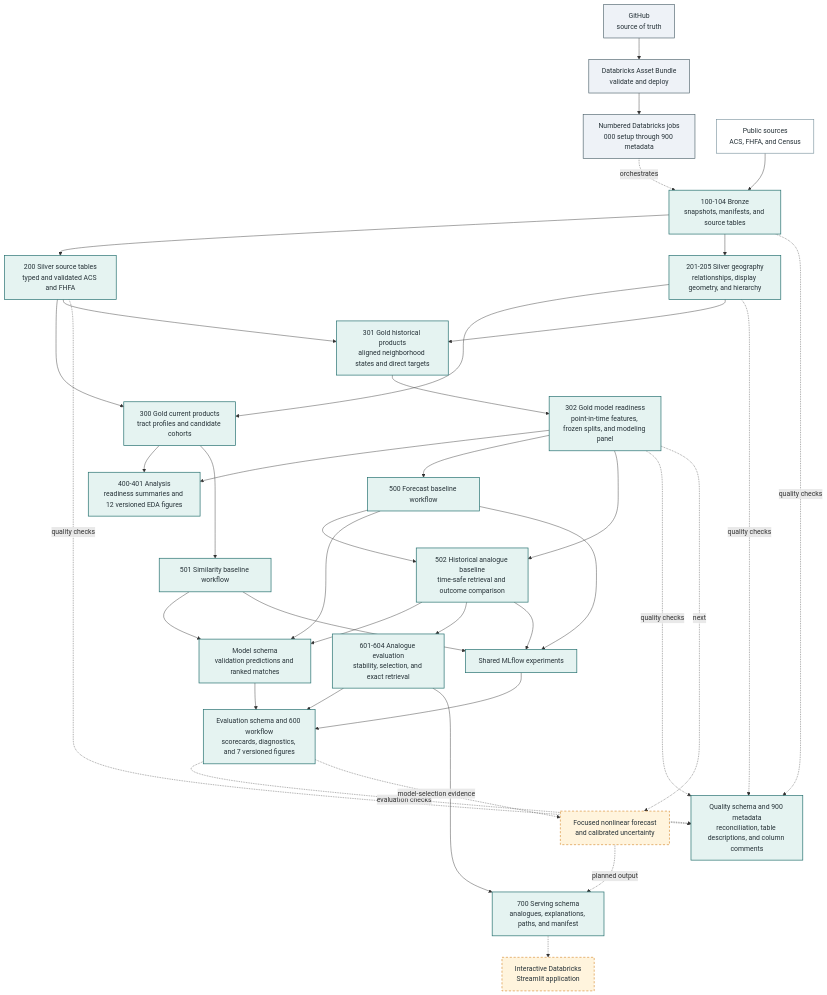
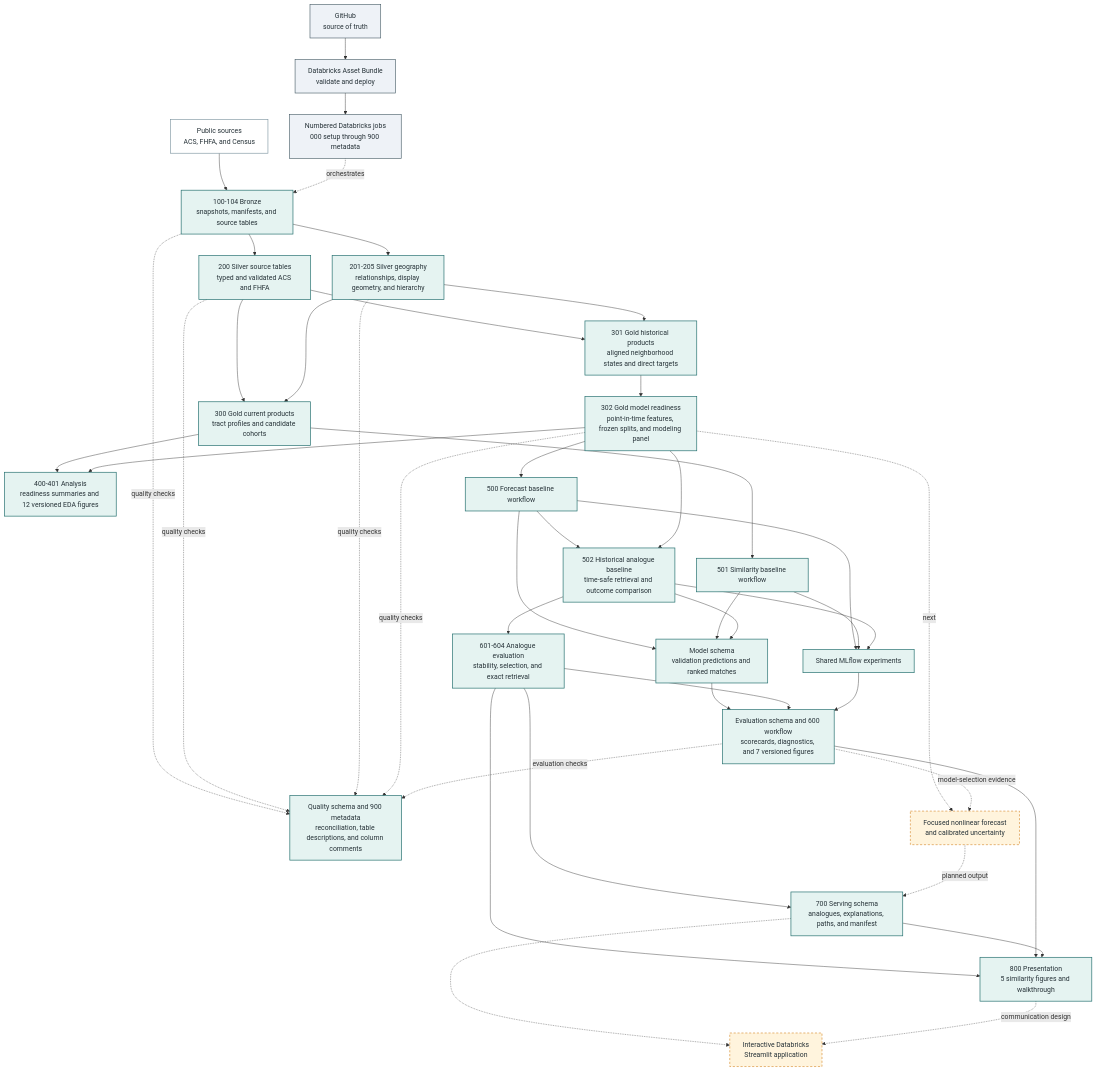
One commit to n-tamm/neighborhood-digital-twin changed the diagram in README.md. Above: the diagram before and after it, drawn with Mermaid. The commit also changed other lines of this file and 10 other files, not shown here.

Commit message:
Documented similarity figures and walkthrough results

````diff
--- a/README.md
+++ b/README.md
@@ -53,56 +54,60 @@
 ```mermaid
 flowchart TB
     GIT["GitHub<br/>source of truth"] --> DAB["Databricks Asset Bundle<br/>validate and deploy"]
     DAB --> JOBS["Numbered Databricks jobs<br/>000 setup through 900 metadata"]
 
     SRC["Public sources<br/>ACS, FHFA, and Census"] --> B["100-104 Bronze<br/>snapshots, manifests, and source tables"]
     JOBS -.->|orchestrates| B
 
     B --> SS["200 Silver source tables<br/>typed and validated ACS and FHFA"]
     B --> SG["201-205 Silver geography<br/>relationships, display geometry, and hierarchy"]
 
     SS --> GC["300 Gold current products<br/>tract profiles and candidate cohorts"]
     SG --> GC
     SS --> GH["301 Gold historical products<br/>aligned neighborhood states and direct targets"]
     SG --> GH
     GH --> GR["302 Gold model readiness<br/>point-in-time features, frozen splits, and modeling panel"]
 
     GC --> EDA["400-401 Analysis<br/>readiness summaries and 12 versioned EDA figures"]
     GR --> EDA
 
     GR --> FM["500 Forecast baseline workflow"]
     GC --> SM["501 Similarity baseline workflow"]
     FM --> HA["502 Historical analogue baseline<br/>time-safe retrieval and outcome comparison"]
     GR --> HA
     FM --> MO["Model schema<br/>validation predictions and ranked matches"]
     SM --> MO
     HA --> MO
     HA --> AR["601-604 Analogue evaluation<br/>stability, selection, and exact retrieval"]
     FM --> MLF["Shared MLflow experiments"]
     SM --> MLF
     HA --> MLF
     MO --> EV["Evaluation schema and 600 workflow<br/>scorecards, diagnostics, and 7 versioned figures"]
     AR --> EV
     MLF --> EV
 
     B -.->|quality checks| QM["Quality schema and 900 metadata<br/>reconciliation, table descriptions, and column comments"]
     SS -.->|quality checks| QM
     SG -.->|quality checks| QM
     GR -.->|quality checks| QM
     EV -.->|evaluation checks| QM
 
     GR -.->|next| NF["Focused nonlinear forecast<br/>and calibrated uncertainty"]
     EV -.->|model-selection evidence| NF
     AR --> SV["700 Serving schema<br/>analogues, explanations, paths, and manifest"]
+    AR --> PR["800 Presentation<br/>5 similarity figures and walkthrough"]
+    EV --> PR
+    SV --> PR
     NF -.->|planned output| SV
     SV -.-> APP["Interactive Databricks<br/>Streamlit application"]
+    PR -.->|communication design| APP
 
     classDef control fill:#EEF2F7,stroke:#455A64,color:#263238,stroke-width:1.4px;
     classDef source fill:#FFFFFF,stroke:#78909C,color:#263238,stroke-width:1.4px;
     classDef implemented fill:#E5F3F1,stroke:#287271,color:#263238,stroke-width:1.6px;
     classDef planned fill:#FFF4DD,stroke:#D99035,color:#263238,stroke-width:1.5px,stroke-dasharray:5 4;
     class GIT,DAB,JOBS control;
     class SRC source;
-    class B,SS,SG,GC,GH,GR,EDA,FM,SM,HA,AR,MO,MLF,EV,QM,SV implemented;
+    class B,SS,SG,GC,GH,GR,EDA,FM,SM,HA,AR,MO,MLF,EV,QM,SV,PR implemented;
     class NF,APP planned;
 ```
````
